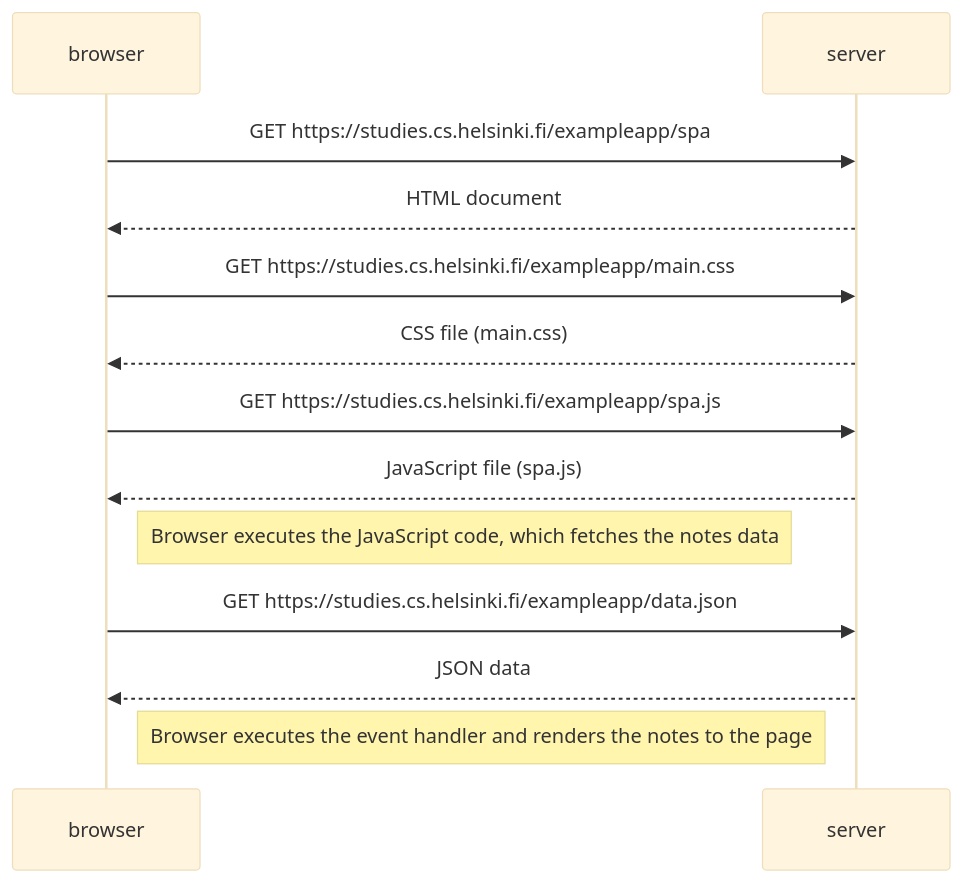
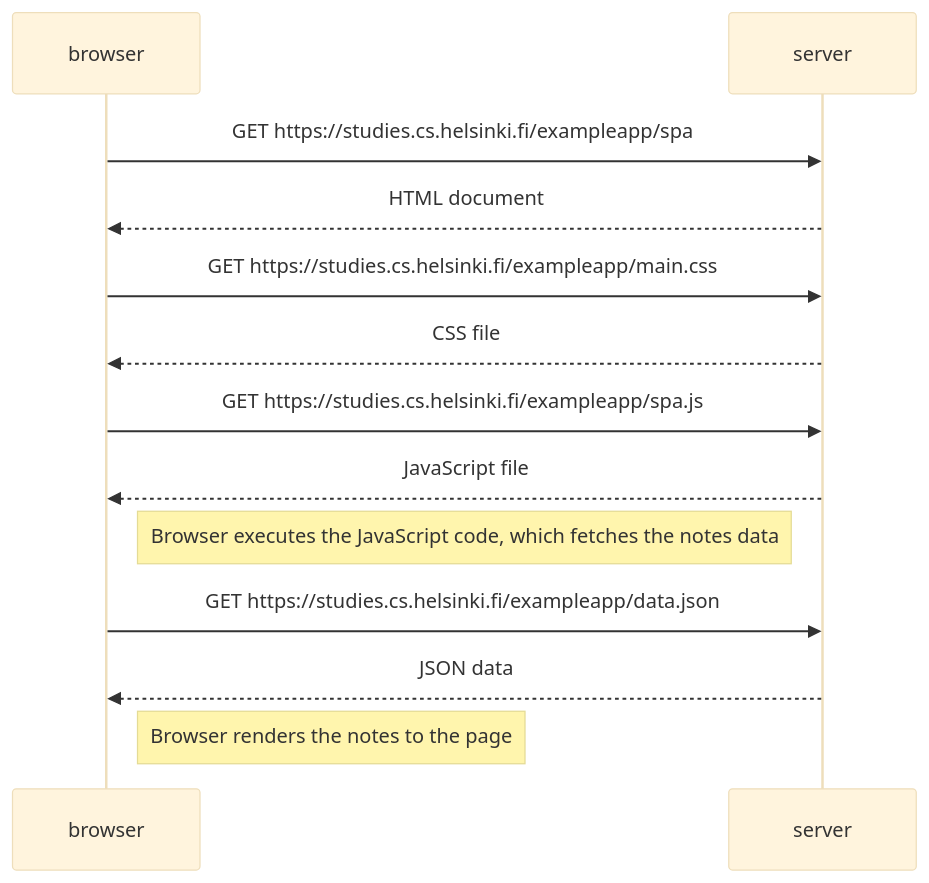
Before and after one commit to Godidiahs/fullstackopen: the second of 3 diagrams in part0/README.md, drawn with Mermaid (base theme). The commit also changed other lines of this file, not shown here.

````diff
--- a/part0/README.md
+++ b/part0/README.md
@@ -36,16 +35,15 @@
 ```mermaid
 sequenceDiagram
     participant browser
     participant server
-
     browser->>server: GET https://studies.cs.helsinki.fi/exampleapp/spa
     server-->>browser: HTML document
     browser->>server: GET https://studies.cs.helsinki.fi/exampleapp/main.css
-    server-->>browser: CSS file (main.css)
+    server-->>browser: CSS file
     browser->>server: GET https://studies.cs.helsinki.fi/exampleapp/spa.js
-    server-->>browser: JavaScript file (spa.js)
+    server-->>browser: JavaScript file
     Note right of browser: Browser executes the JavaScript code, which fetches the notes data
     browser->>server: GET https://studies.cs.helsinki.fi/exampleapp/data.json
     server-->>browser: JSON data
-    Note right of browser: Browser executes the event handler and renders the notes to the page
+    Note right of browser: Browser renders the notes to the page
 ```
````
